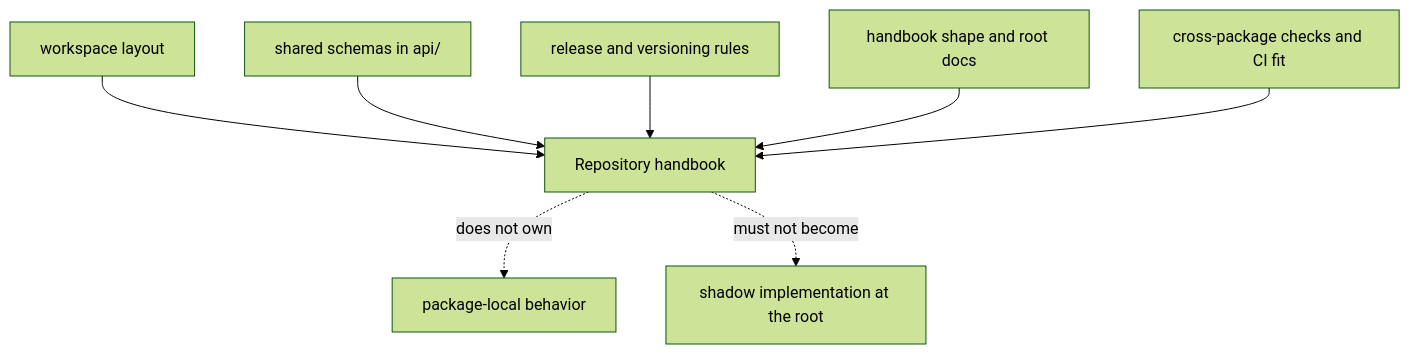
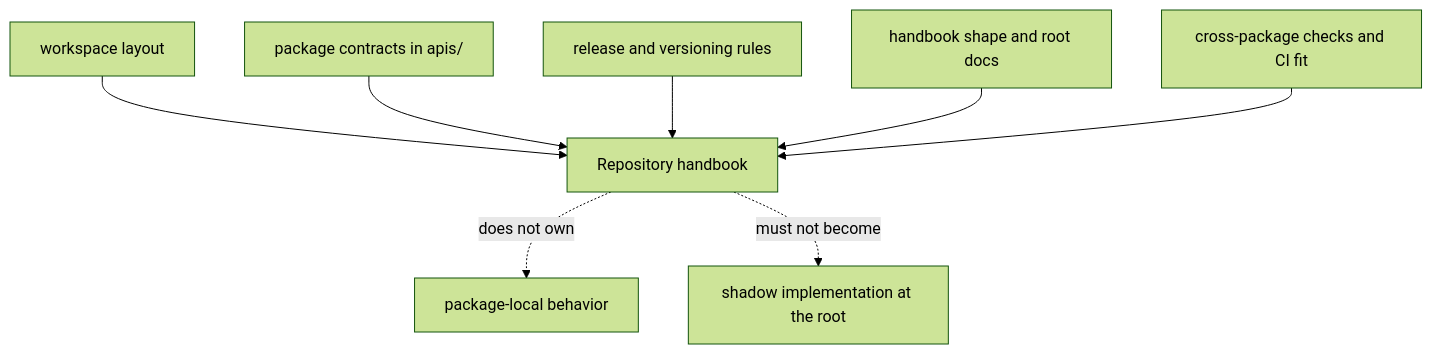
The diagram in docs/bijux-proteomics/index.md (bijux/bijux-proteomics), drawn with Mermaid (forest theme) before and after one commit. The commit also changed other lines of this file and 2 other files, not shown here.

Commit message:
docs(apis): align handbook references with apis contract model

````diff
--- a/docs/bijux-proteomics/index.md
+++ b/docs/bijux-proteomics/index.md
@@ -22,19 +22,19 @@
 ```mermaid
 flowchart TB
     root["Repository handbook"]
     layout["workspace layout"]
-    schemas["shared schemas in api/"]
+    schemas["package contracts in apis/"]
     release["release and versioning rules"]
     docs["handbook shape and root docs"]
     checks["cross-package checks and CI fit"]
     packages["package-local behavior"]
     shadow["shadow implementation at the root"]
 
     layout --> root
     schemas --> root
     release --> root
     docs --> root
     checks --> root
     root -.does not own.-> packages
     root -.must not become.-> shadow
 ```
````
